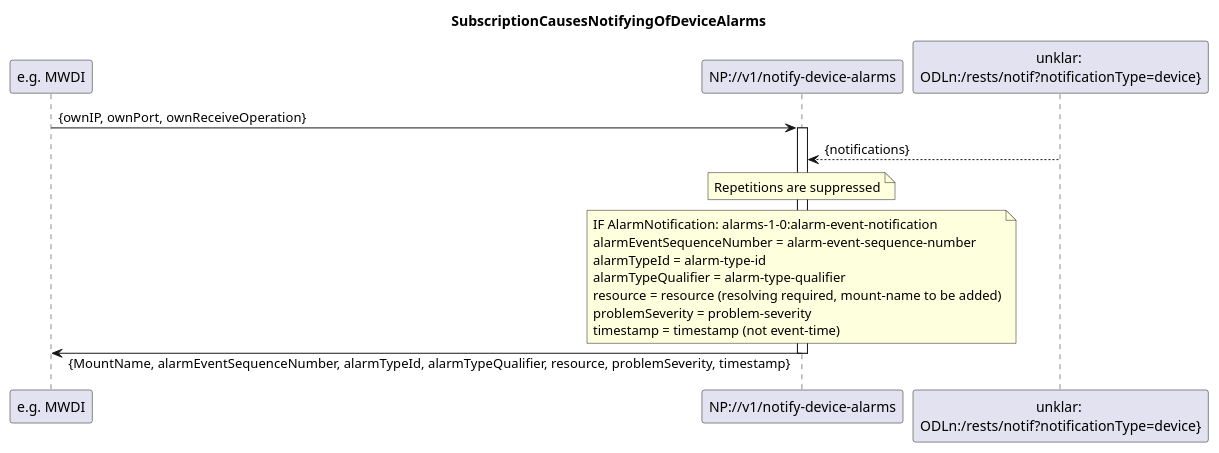
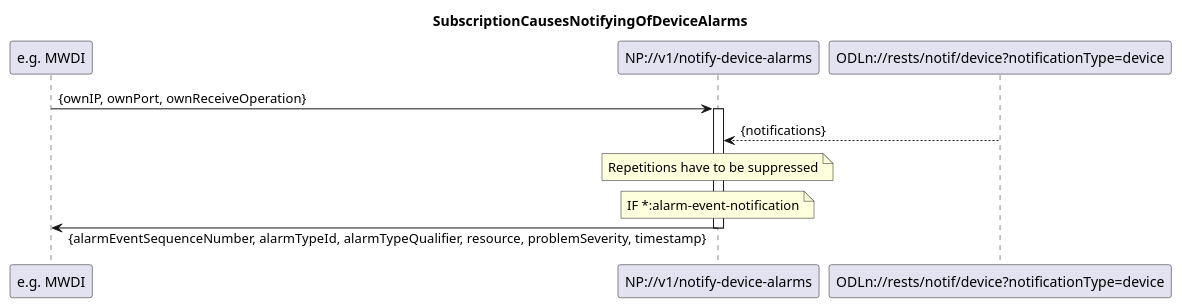
Before and after one commit to openBackhaul/NotificationProxy: the diagram in spec/diagrams/is020_NotifyingOfDeviceAlarms.plantuml, drawn with PlantUML. The commit also changed 18 other files, not shown here.

Commit message:
Update diagrams

```diff
--- a/spec/diagrams/is020_NotifyingOfDeviceAlarms.plantuml
+++ b/spec/diagrams/is020_NotifyingOfDeviceAlarms.plantuml
@@ -1,33 +1,27 @@
 @startuml is020_NotifyingOfDeviceAlarms
 skinparam responseMessageBelowArrow true
 
 title SubscriptionCausesNotifyingOfDeviceAlarms
 
 participant "e.g. MWDI" as Subscriber
 participant "NP://v1/notify-device-alarms" as NP_notifyAlarms
-participant "unklar: \nODLn:/rests/notif?notificationType=device}" as Device
+participant "ODLn://rests/notif/device?notificationType=device" as Device
 
 Subscriber -> NP_notifyAlarms: {ownIP, ownPort, ownReceiveOperation}
 activate NP_notifyAlarms
 
 Device --> NP_notifyAlarms: {notifications}
 
 note over NP_notifyAlarms
-Repetitions are suppressed
+Repetitions have to be suppressed
 end note
 
 note over NP_notifyAlarms
-IF AlarmNotification: alarms-1-0:alarm-event-notification
-alarmEventSequenceNumber = alarm-event-sequence-number
-alarmTypeId = alarm-type-id
-alarmTypeQualifier = alarm-type-qualifier
-resource = resource (resolving required, mount-name to be added)
-problemSeverity = problem-severity
-timestamp = timestamp (not event-time)
+IF *:alarm-event-notification
 end note
 
-Subscriber <- NP_notifyAlarms: {MountName, alarmEventSequenceNumber, alarmTypeId, alarmTypeQualifier, resource, problemSeverity, timestamp}
+Subscriber <- NP_notifyAlarms: {alarmEventSequenceNumber, alarmTypeId, alarmTypeQualifier, resource, problemSeverity, timestamp}
 
 deactivate NP_notifyAlarms
 
 @enduml
```
